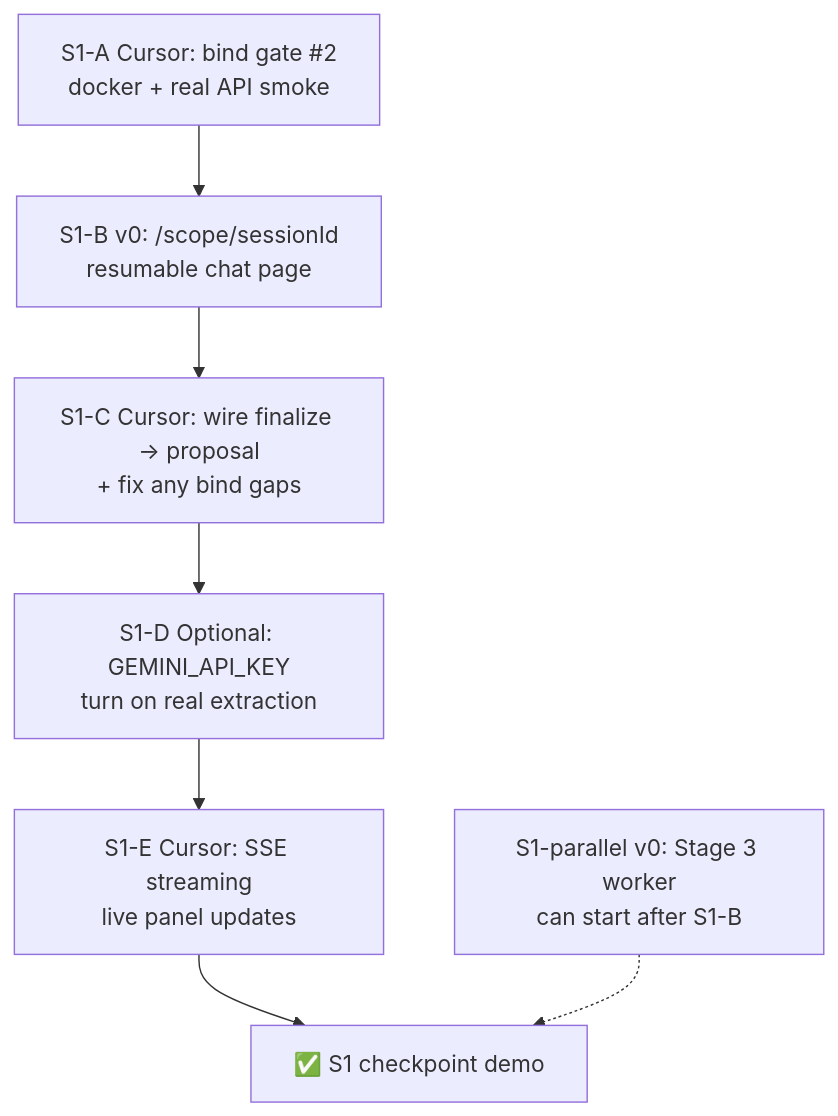
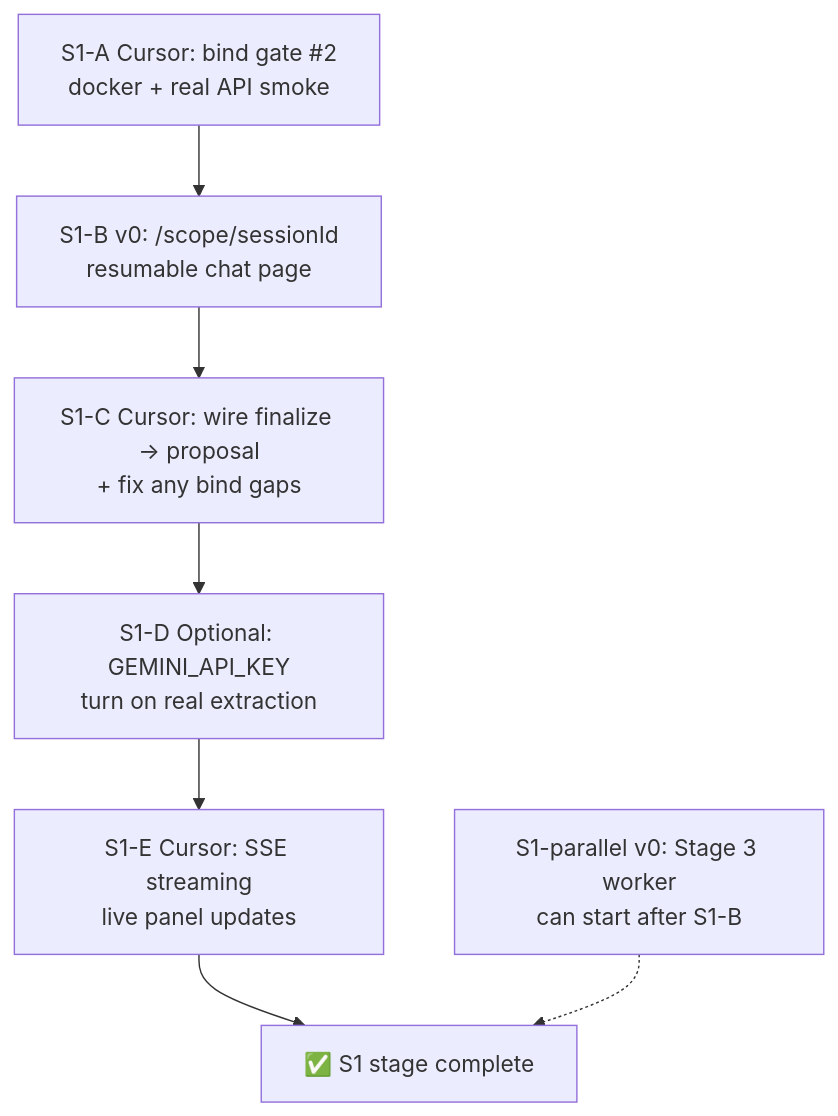
One commit to gaganTakIITD/project-orchestra changed the diagram in docs/SUBPLAN_S1.md. Above: the diagram before and after it, drawn with Mermaid. The commit also changed other lines of this file and 22 other files, not shown here.

````diff
--- a/docs/SUBPLAN_S1.md
+++ b/docs/SUBPLAN_S1.md
@@ -19,10 +20,10 @@
 ```mermaid
 flowchart TD
     A["S1-A Cursor: bind gate #2<br/>docker + real API smoke"] --> B["S1-B v0: /scope/sessionId<br/>resumable chat page"]
     B --> C["S1-C Cursor: wire finalize → proposal<br/>+ fix any bind gaps"]
     C --> D["S1-D Optional: GEMINI_API_KEY<br/>turn on real extraction"]
     D --> E["S1-E Cursor: SSE streaming<br/>live panel updates"]
-    E --> F["✅ S1 checkpoint demo"]
+    E --> F["✅ S1 stage complete"]
 
     G["S1-parallel v0: Stage 3 worker<br/>can start after S1-B"] -.-> F
 ```
````
